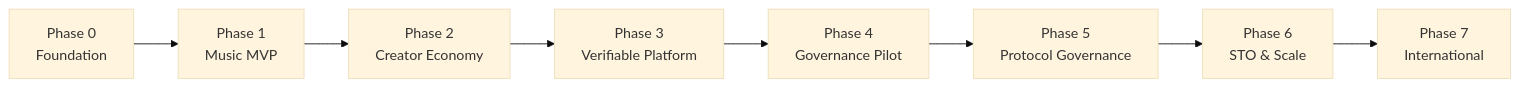
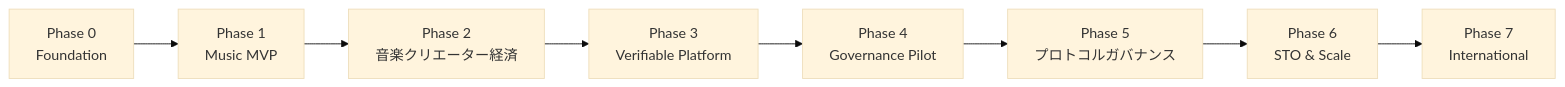
The first of 47 diagrams in docs/whitepaper/13-roadmap.md (ShigeichiroYamasaki/creator-first-platform), drawn with Mermaid (base theme) before and after one commit. The commit also changed other lines of this file and 67 other files, not shown here.

````diff
--- a/docs/whitepaper/13-roadmap.md
+++ b/docs/whitepaper/13-roadmap.md
@@ -22,13 +22,13 @@
 ```mermaid
 flowchart LR
     P0[Phase 0<br/>Foundation]
     P1[Phase 1<br/>Music MVP]
-    P2[Phase 2<br/>Creator Economy]
+    P2[Phase 2<br/>音楽クリエーター経済]
     P3[Phase 3<br/>Verifiable Platform]
     P4[Phase 4<br/>Governance Pilot]
-    P5[Phase 5<br/>Protocol Governance]
+    P5[Phase 5<br/>プロトコルガバナンス]
     P6[Phase 6<br/>STO & Scale]
     P7[Phase 7<br/>International]
 
     P0 --> P1 --> P2 --> P3 --> P4 --> P5 --> P6 --> P7
 ```
````
